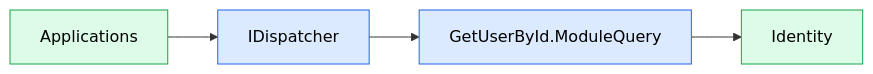
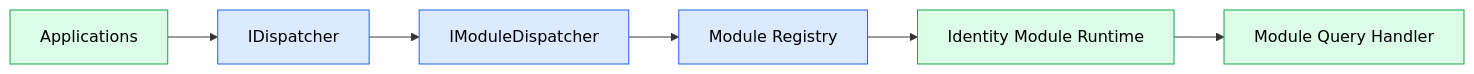
The third of 5 diagrams in docs/architecture/06-module-communication.md (soufiane-rizk/Jobwize), drawn with Mermaid before and after one commit. The commit also changed other lines of this file and 42 other files, not shown here.

First line of the commit message:
feat(runtime): replace MediatR with custom module runtime

````diff
--- a/docs/architecture/06-module-communication.md
+++ b/docs/architecture/06-module-communication.md
@@ -151,23 +160,31 @@
 ```mermaid
 flowchart LR
 
     A["Applications"]
 
-    D["IDispatcher"]
+    Dispatcher["IDispatcher"]
 
-    Q["GetUserById.ModuleQuery"]
+    ModuleDispatcher["IModuleDispatcher"]
 
-    I["Identity"]
+    Registry["Module Registry"]
 
-    A --> D
+    Runtime["Identity Module Runtime"]
 
-    D --> Q
+    Handler["Module Query Handler"]
 
-    Q --> I
+    A --> Dispatcher
+
+    Dispatcher --> ModuleDispatcher
+
+    ModuleDispatcher --> Registry
+
+    Registry --> Runtime
+
+    Runtime --> Handler
 
     classDef module fill:#dcfce7,stroke:#16a34a,color:#000;
     classDef infrastructure fill:#dbeafe,stroke:#2563eb,color:#000;
 
-    class A,I module;
-    class D,Q infrastructure;
+    class A,Runtime,Handler module;
+    class Dispatcher,ModuleDispatcher,Registry infrastructure;
 ```
````
